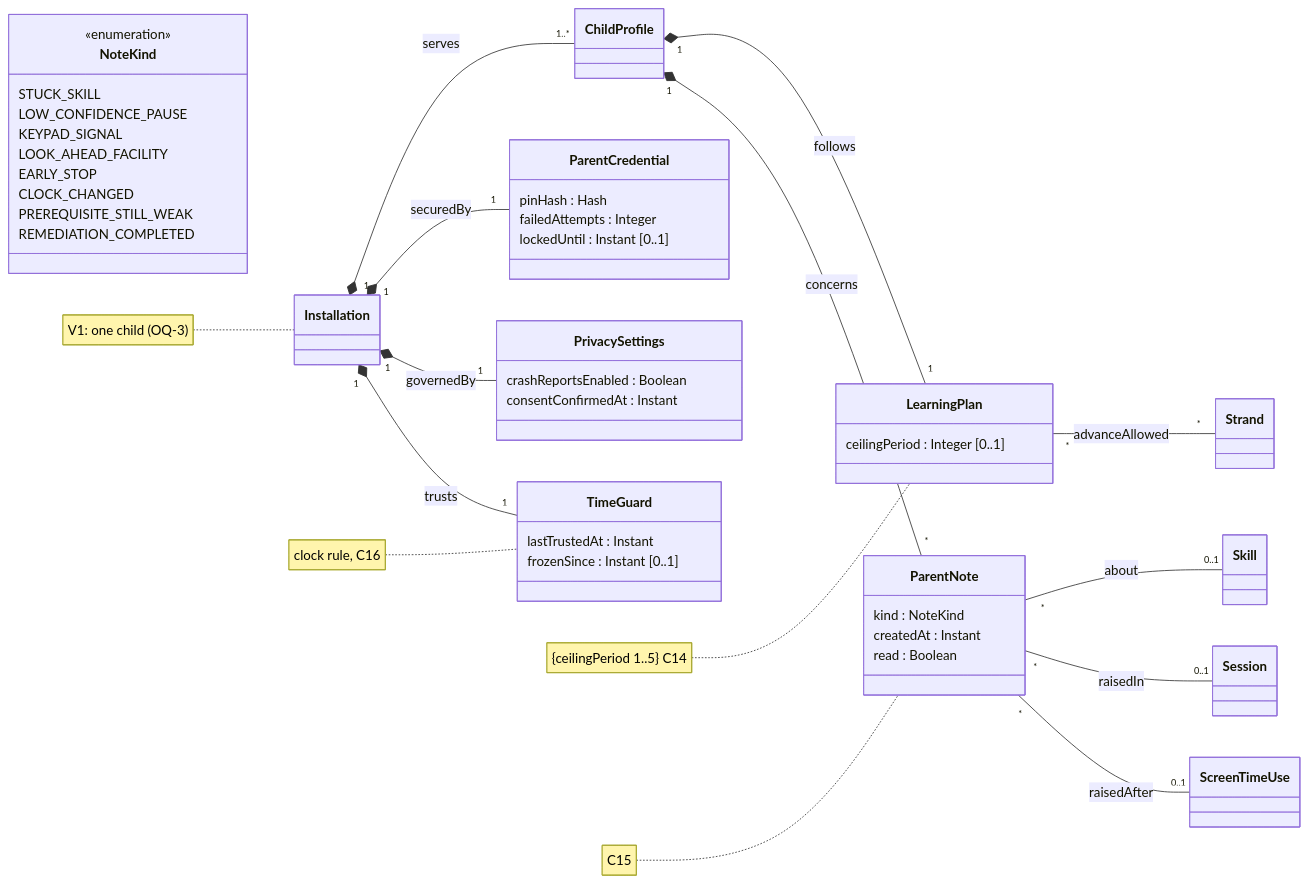
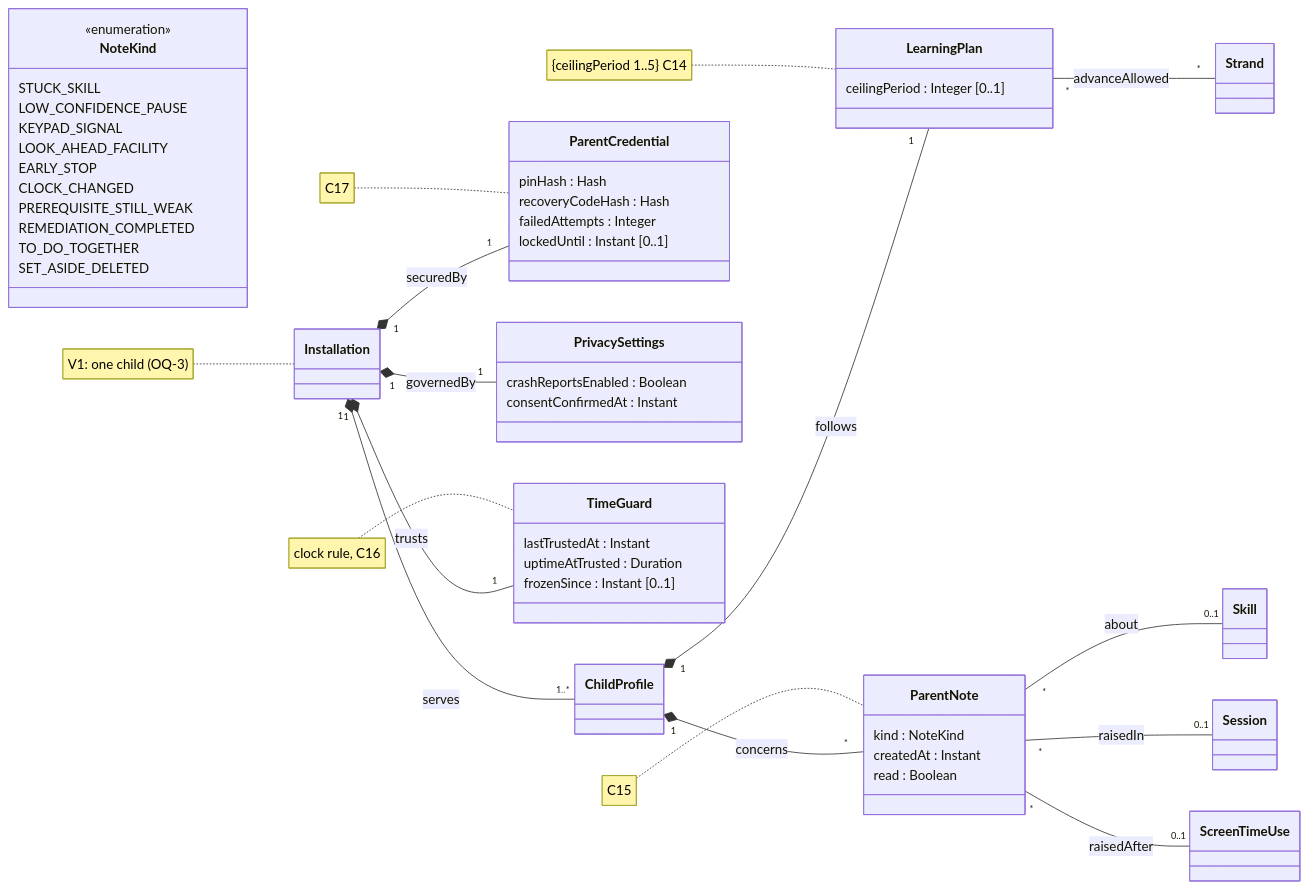
One commit to benoit-bremaud/learn-to-earn changed the fifth of 5 diagrams in docs/architecture/diagrams/domain/01-class-domain-model.md. Above: the diagram before and after it, drawn with Mermaid. The commit also changed other lines of this file and 18 other files, not shown here.

````diff
--- a/docs/architecture/diagrams/domain/01-class-domain-model.md
+++ b/docs/architecture/diagrams/domain/01-class-domain-model.md
@@ -268,56 +270,61 @@
 ```mermaid
 classDiagram
   direction LR
   class Installation
   class ChildProfile
   class Session
   class Skill
   class Strand
   class ScreenTimeUse
   class LearningPlan {
     ceilingPeriod : Integer [0..1]
   }
   class ParentNote {
     kind : NoteKind
     createdAt : Instant
     read : Boolean
   }
   class ParentCredential {
     pinHash : Hash
+    recoveryCodeHash : Hash
     failedAttempts : Integer
     lockedUntil : Instant [0..1]
   }
   class PrivacySettings {
     crashReportsEnabled : Boolean
     consentConfirmedAt : Instant
   }
   class TimeGuard {
     lastTrustedAt : Instant
+    uptimeAtTrusted : Duration
     frozenSince : Instant [0..1]
   }
   class NoteKind {
     <<enumeration>>
     STUCK_SKILL
     LOW_CONFIDENCE_PAUSE
     KEYPAD_SIGNAL
     LOOK_AHEAD_FACILITY
     EARLY_STOP
     CLOCK_CHANGED
     PREREQUISITE_STILL_WEAK
     REMEDIATION_COMPLETED
+    TO_DO_TOGETHER
+    SET_ASIDE_DELETED
   }
   Installation "1" *-- "1..*" ChildProfile : serves
   Installation "1" *-- "1" ParentCredential : securedBy
   Installation "1" *-- "1" PrivacySettings : governedBy
   Installation "1" *-- "1" TimeGuard : trusts
   ChildProfile "1" *-- "1" LearningPlan : follows
   LearningPlan "*" -- "*" Strand : advanceAllowed
   ChildProfile "1" *-- "*" ParentNote : concerns
   ParentNote "*" -- "0..1" Skill : about
   ParentNote "*" -- "0..1" Session : raisedIn
   ParentNote "*" -- "0..1" ScreenTimeUse : raisedAfter
   note for LearningPlan "{ceilingPeriod 1..5} C14"
   note for ParentNote "C15"
   note for TimeGuard "clock rule, C16"
+  note for ParentCredential "C17"
   note for Installation "V1: one child (OQ-3)"
 ```
````
